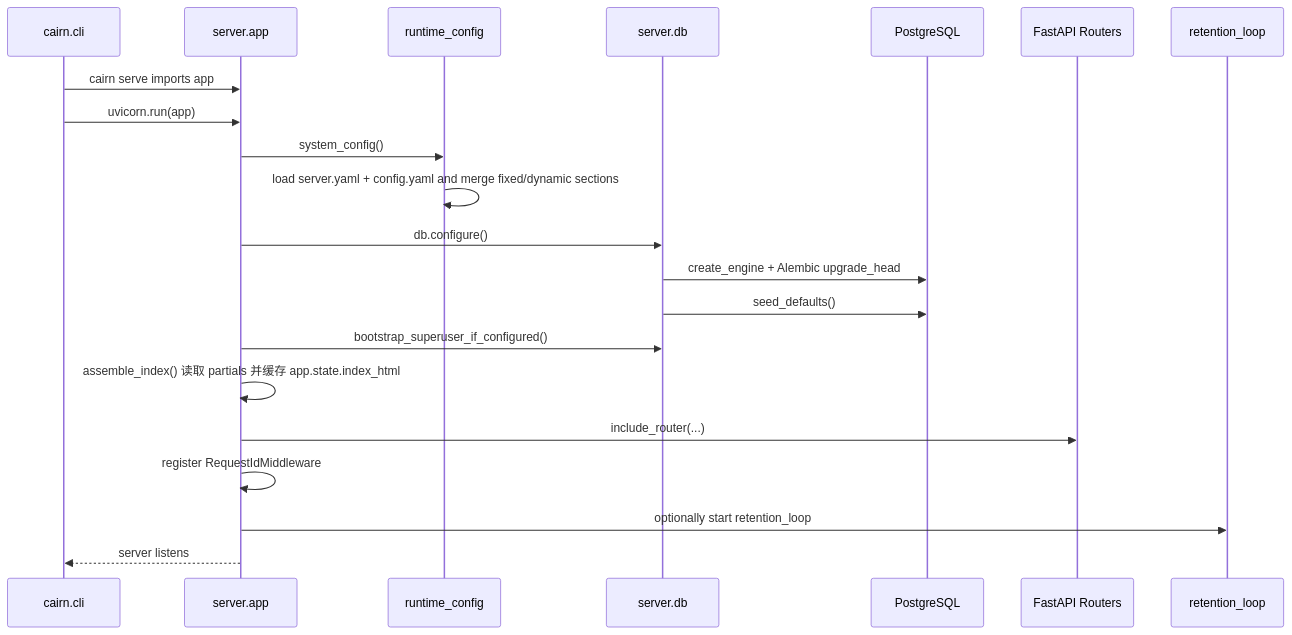
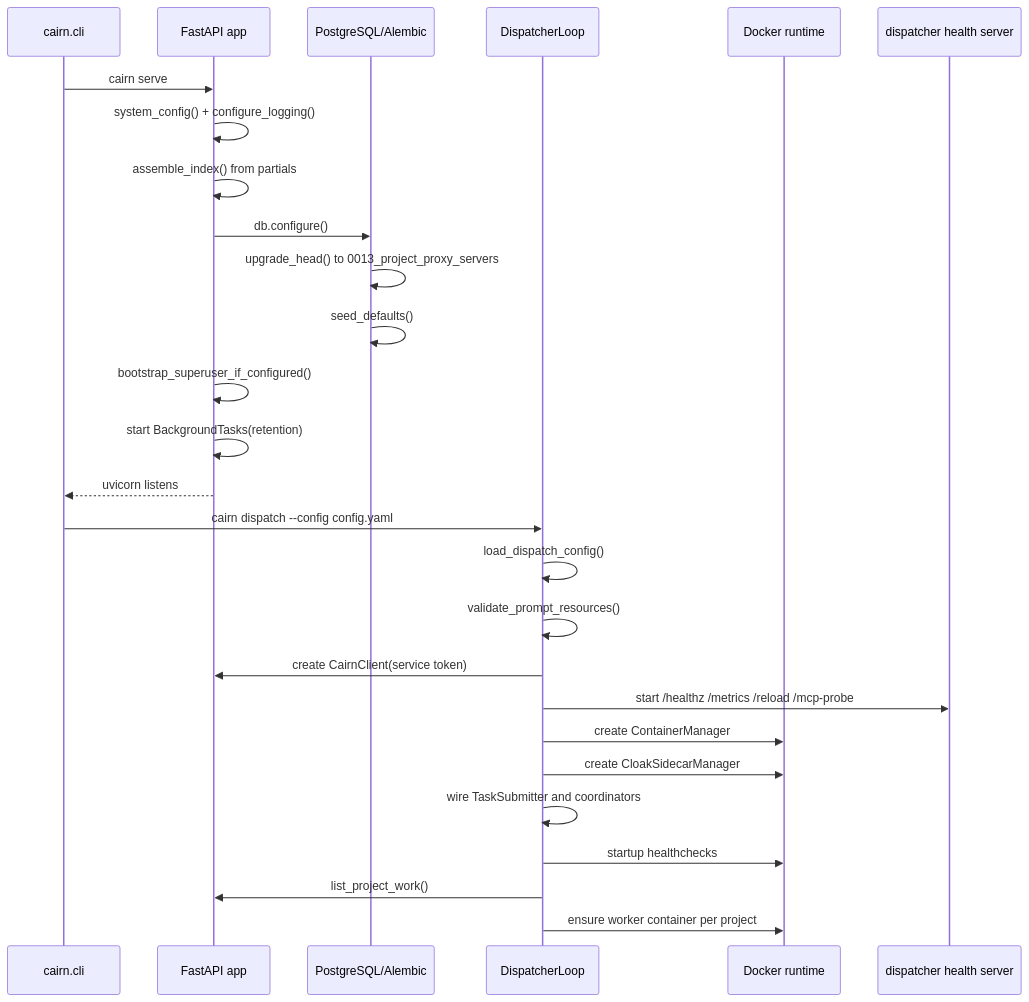
One commit to j7ur8/Cairn changed the second of 4 diagrams in AI/ARCHITECTURE.md. Above: the diagram before and after it, drawn with Mermaid. The commit also changed other lines of this file and 6 other files, not shown here.

````diff
--- a/AI/ARCHITECTURE.md
+++ b/AI/ARCHITECTURE.md
@@ -86,24 +90,31 @@
 ```mermaid
 sequenceDiagram
     participant CLI as cairn.cli
-    participant App as server.app
-    participant Config as runtime_config
-    participant DB as server.db
-    participant PG as PostgreSQL
-    participant Router as FastAPI Routers
-    participant Retention as retention_loop
+    participant Server as FastAPI app
+    participant DB as PostgreSQL/Alembic
+    participant Dispatcher as DispatcherLoop
+    participant Docker as Docker runtime
+    participant Health as dispatcher health server
 
-    CLI->>App: cairn serve imports app
-    CLI->>App: uvicorn.run(app)
-    App->>Config: system_config()
-    Config->>Config: load server.yaml + config.yaml and merge fixed/dynamic sections
-    App->>DB: db.configure()
-    DB->>PG: create_engine + Alembic upgrade_head
-    DB->>PG: seed_defaults()
-    App->>DB: bootstrap_superuser_if_configured()
-    App->>App: assemble_index() 读取 partials 并缓存 app.state.index_html
-    App->>Router: include_router(...)
-    App->>App: register RequestIdMiddleware
-    App->>Retention: optionally start retention_loop
-    App-->>CLI: server listens
+    CLI->>Server: cairn serve
+    Server->>Server: system_config() + configure_logging()
+    Server->>Server: assemble_index() from partials
+    Server->>DB: db.configure()
+    DB->>DB: upgrade_head() to 0013_project_proxy_servers
+    DB->>DB: seed_defaults()
+    Server->>Server: bootstrap_superuser_if_configured()
+    Server->>Server: start BackgroundTasks(retention)
+    Server-->>CLI: uvicorn listens
+
+    CLI->>Dispatcher: cairn dispatch --config config.yaml
+    Dispatcher->>Dispatcher: load_dispatch_config()
+    Dispatcher->>Dispatcher: validate_prompt_resources()
+    Dispatcher->>Server: create CairnClient(service token)
+    Dispatcher->>Health: start /healthz /metrics /reload /mcp-probe
+    Dispatcher->>Docker: create ContainerManager
+    Dispatcher->>Docker: create CloakSidecarManager
+    Dispatcher->>Dispatcher: wire TaskSubmitter and coordinators
+    Dispatcher->>Docker: startup healthchecks
+    Dispatcher->>Server: list_project_work()
+    Dispatcher->>Docker: ensure worker container per project
 ```
````
